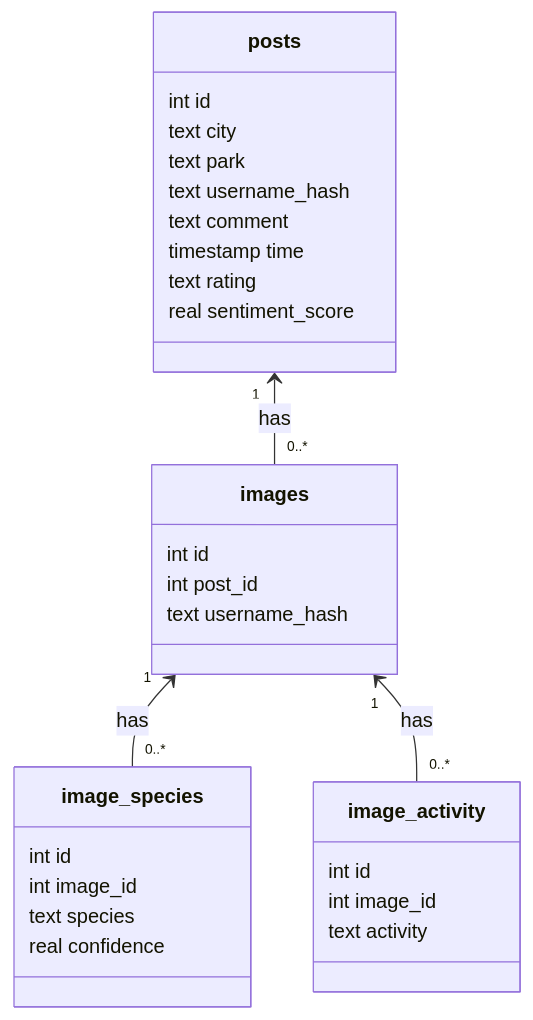
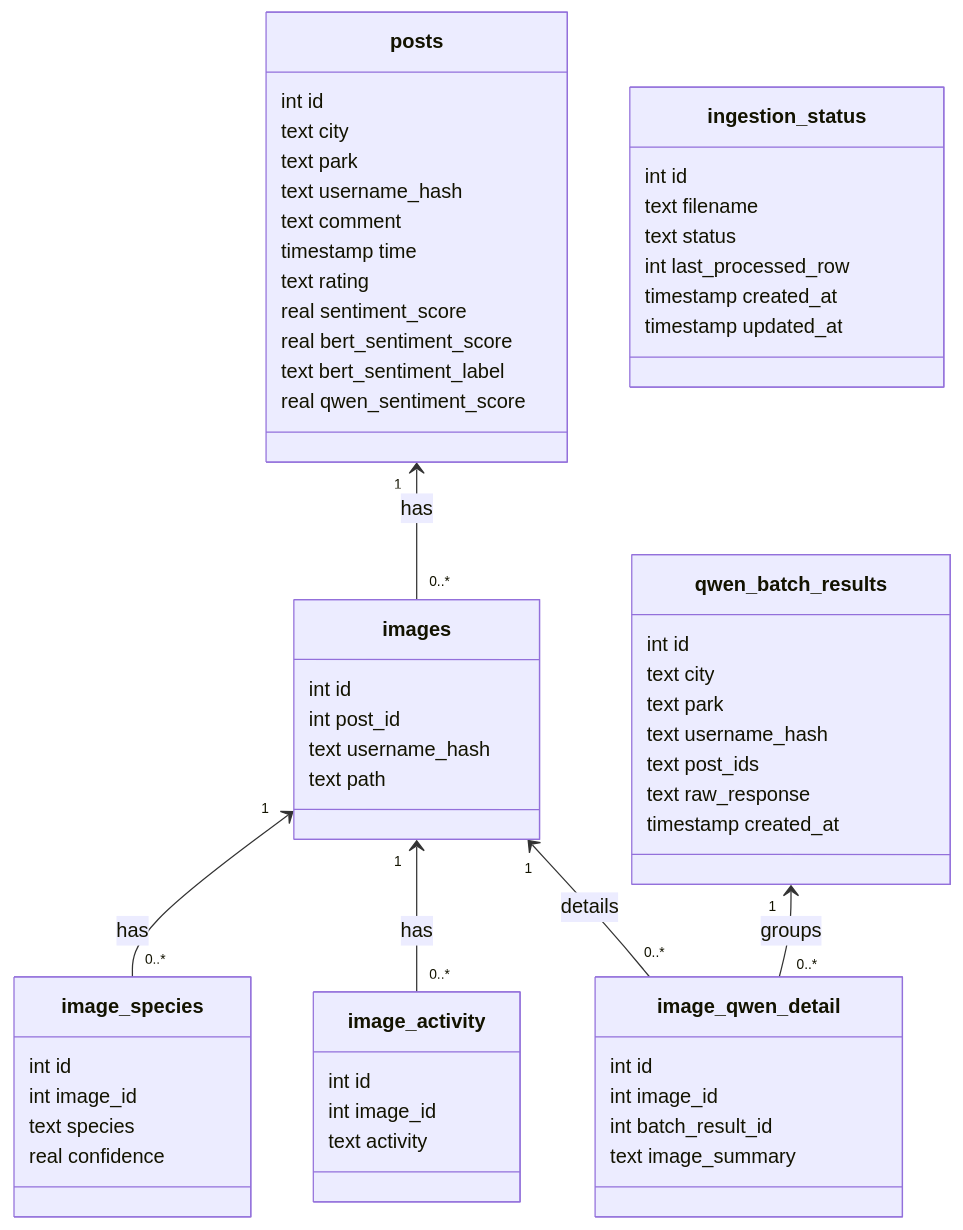
One commit to Data-Science-Project-2026/ProjectNew changed the diagram in documentation/database.md. Above: the diagram before and after it, drawn with Mermaid. The commit also changed other lines of this file, not shown here.

````diff
--- a/documentation/database.md
+++ b/documentation/database.md
@@ -86,32 +131,62 @@
 ```mermaid
 classDiagram
     class posts {
         int id
         text city
         text park
         text username_hash
         text comment
         timestamp time
         text rating
         real sentiment_score
+        real bert_sentiment_score
+        text bert_sentiment_label
+        real qwen_sentiment_score
     }
     class images {
         int id
         int post_id
         text username_hash
+        text path
     }
     class image_species {
         int id
         int image_id
         text species
         real confidence
     }
     class image_activity {
         int id
         int image_id
         text activity
     }
+    class qwen_batch_results {
+        int id
+        text city
+        text park
+        text username_hash
+        text post_ids
+        text raw_response
+        timestamp created_at
+    }
+    class image_qwen_detail {
+        int id
+        int image_id
+        int batch_result_id
+        text image_summary
+    }
+    class ingestion_status {
+        int id
+        text filename
+        text status
+        int last_processed_row
+        timestamp created_at
+        timestamp updated_at
+    }
+
     posts "1" <-- "0..*" images : has
     images "1" <-- "0..*" image_species : has
     images "1" <-- "0..*" image_activity : has
+    qwen_batch_results "1" <-- "0..*" image_qwen_detail : groups
+    images "1" <-- "0..*" image_qwen_detail : details
 ```
````
